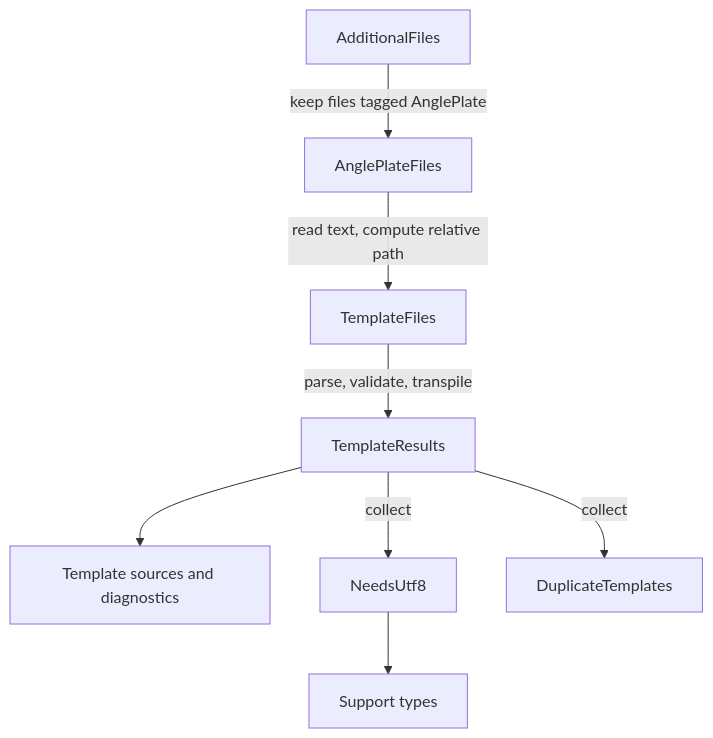
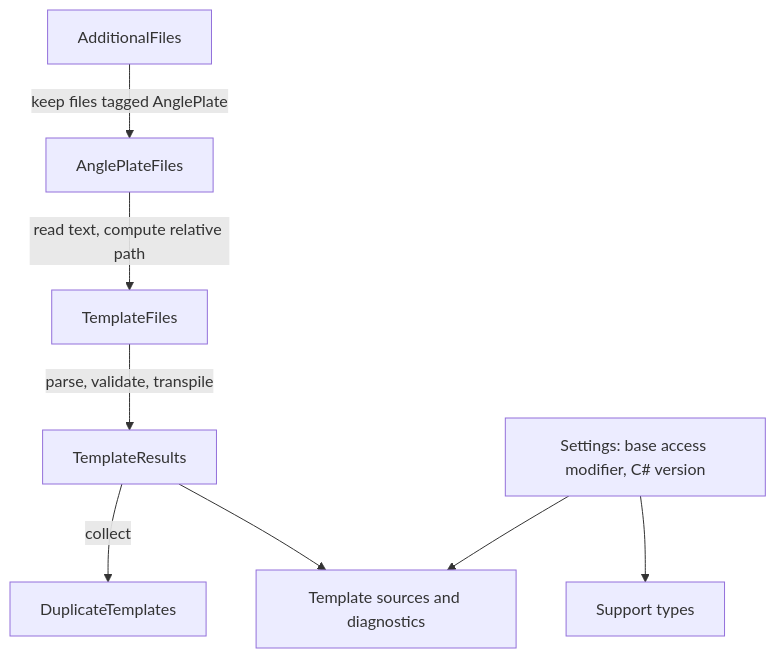
The diagram in docs/development.md (SlusserLabs/AnglePlates), drawn with Mermaid before and after one commit. The commit also changed other lines of this file and 76 other files, not shown here.

````diff
--- a/docs/development.md
+++ b/docs/development.md
@@ -80,10 +114,10 @@
 ```mermaid
 flowchart TD
     A[AdditionalFiles] -->|keep files tagged AnglePlate| B[AnglePlateFiles]
     B -->|read text, compute relative path| C[TemplateFiles]
     C -->|parse, validate, transpile| D[TemplateResults]
     D --> E[Template sources and diagnostics]
-    D -->|collect| F[NeedsUtf8]
     D -->|collect| G[DuplicateTemplates]
-    F --> H[Support types]
+    S[Settings: base access modifier, C# version] --> H[Support types]
+    S --> E
 ```
````
